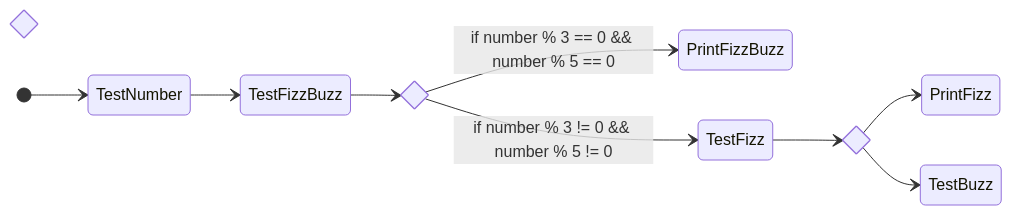
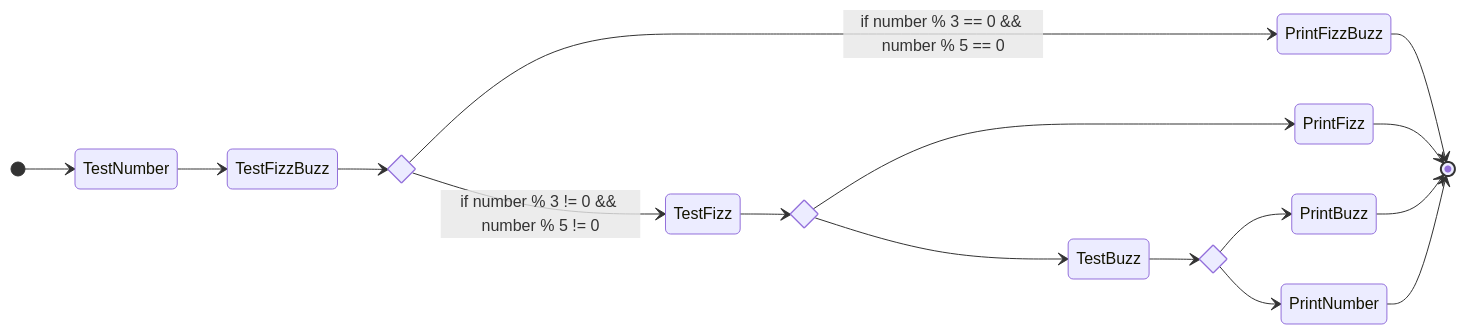
Before and after one commit to carteras/IT-CBR: the eighth of 8 diagrams in cookbook/SDLC/Boxes and Arrows/boxes_and_arrows_fun.md, drawn with Mermaid.

````diff
--- a/cookbook/SDLC/Boxes and Arrows/boxes_and_arrows_fun.md
+++ b/cookbook/SDLC/Boxes and Arrows/boxes_and_arrows_fun.md
@@ -117,15 +117,22 @@
 ```mermaid
   stateDiagram
     direction LR
     state fizz_state <<choice>>
     state buzz_state <<choice>>
     state fizzbuzz_state <<choice>>
     [*] --> TestNumber
     TestNumber --> TestFizzBuzz
     TestFizzBuzz --> fizzbuzz_state
     fizzbuzz_state --> PrintFizzBuzz: if number % 3 == 0 && number % 5 == 0
     fizzbuzz_state --> TestFizz: if number % 3 != 0 && number % 5 != 0
+    PrintFizzBuzz --> [*]
     TestFizz --> fizz_state
     fizz_state --> PrintFizz 
     fizz_state --> TestBuzz
+    PrintFizz --> [*]
+    TestBuzz --> buzz_state
+    buzz_state --> PrintBuzz
+    buzz_state --> PrintNumber
+    PrintBuzz --> [*]
+    PrintNumber --> [*]
 ```
````
